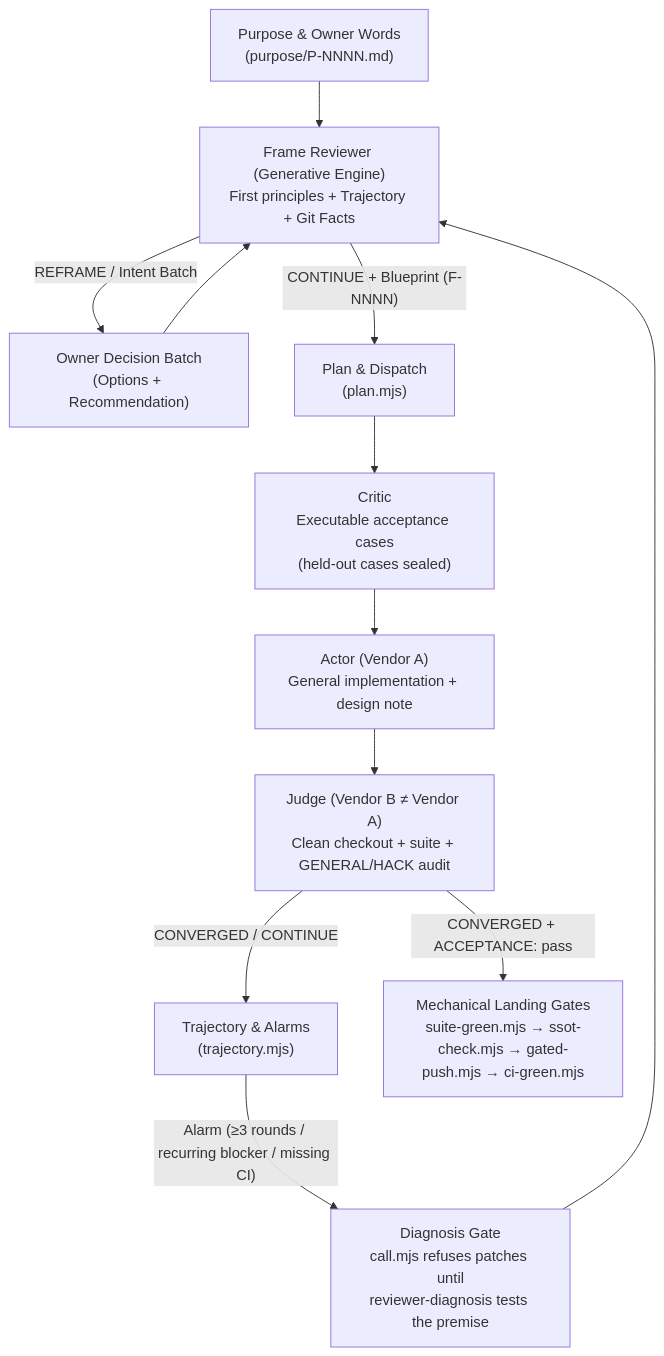
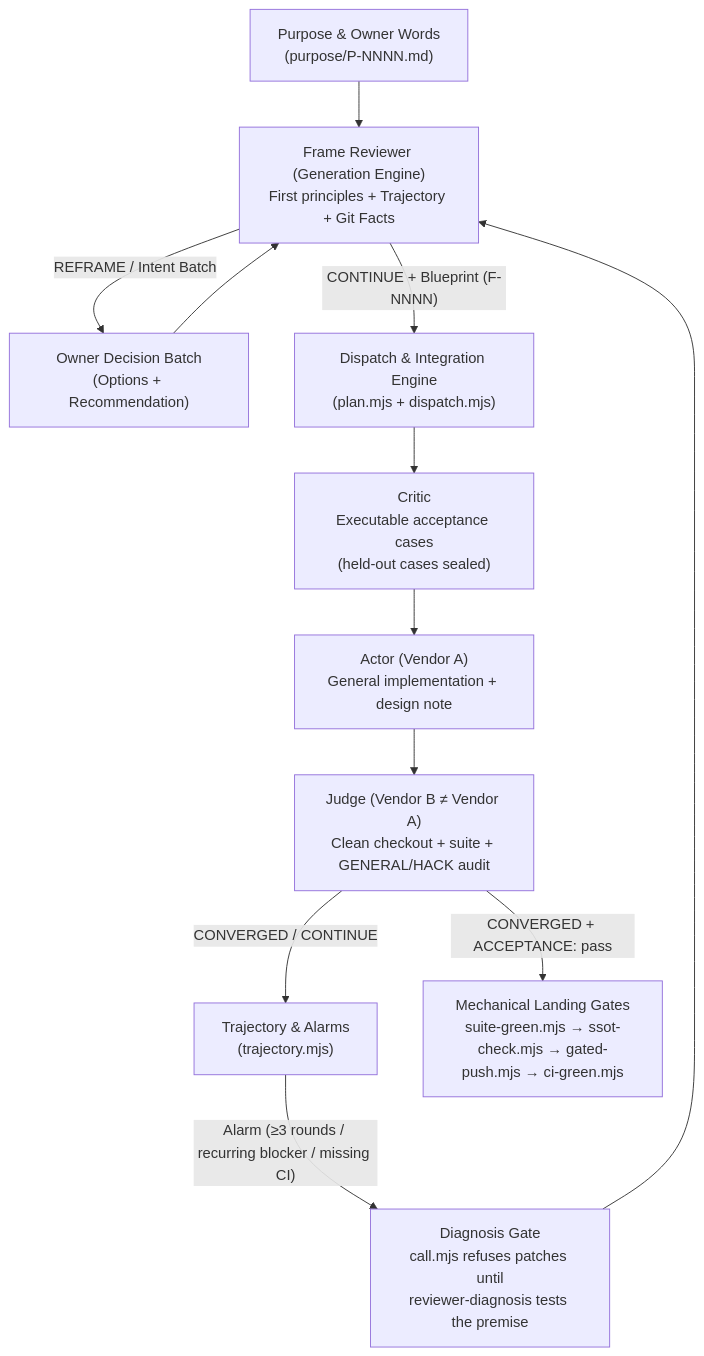
The diagram in README.md (X32Studio/self-loop), drawn with Mermaid before and after one commit. The commit also changed other lines of this file and 14 other files, not shown here.

Commit message:
feat(v0.8.0): add Dispatch & Integration Engine for decoupled parallel actors and unified/parallel critic review

````diff
--- a/README.md
+++ b/README.md
@@ -75,14 +81,14 @@
 ```mermaid
 flowchart TD
-    P["Purpose & Owner Words<br/>(purpose/P-NNNN.md)"] --> FR["Frame Reviewer (Generative Engine)<br/>First principles + Trajectory + Git Facts"]
+    P["Purpose & Owner Words<br/>(purpose/P-NNNN.md)"] --> FR["Frame Reviewer (Generation Engine)<br/>First principles + Trajectory + Git Facts"]
     FR -->|"REFRAME / Intent Batch"| OW["Owner Decision Batch<br/>(Options + Recommendation)"]
     OW --> FR
-    FR -->|"CONTINUE + Blueprint (F-NNNN)"| PL["Plan & Dispatch<br/>(plan.mjs)"]
+    FR -->|"CONTINUE + Blueprint (F-NNNN)"| PL["Dispatch & Integration Engine<br/>(plan.mjs + dispatch.mjs)"]
     PL --> CR["Critic<br/>Executable acceptance cases<br/>(held-out cases sealed)"]
     CR --> AC["Actor (Vendor A)<br/>General implementation + design note"]
     AC --> JG["Judge (Vendor B ≠ Vendor A)<br/>Clean checkout + suite + GENERAL/HACK audit"]
     JG -->|"CONVERGED / CONTINUE"| TR["Trajectory & Alarms<br/>(trajectory.mjs)"]
     TR -->|"Alarm (≥3 rounds / recurring blocker / missing CI)"| DG["Diagnosis Gate<br/>call.mjs refuses patches until<br/>reviewer-diagnosis tests the premise"]
     DG --> FR
     JG -->|"CONVERGED + ACCEPTANCE: pass"| GT["Mechanical Landing Gates<br/>suite-green.mjs → ssot-check.mjs → gated-push.mjs → ci-green.mjs"]
 ```
````
